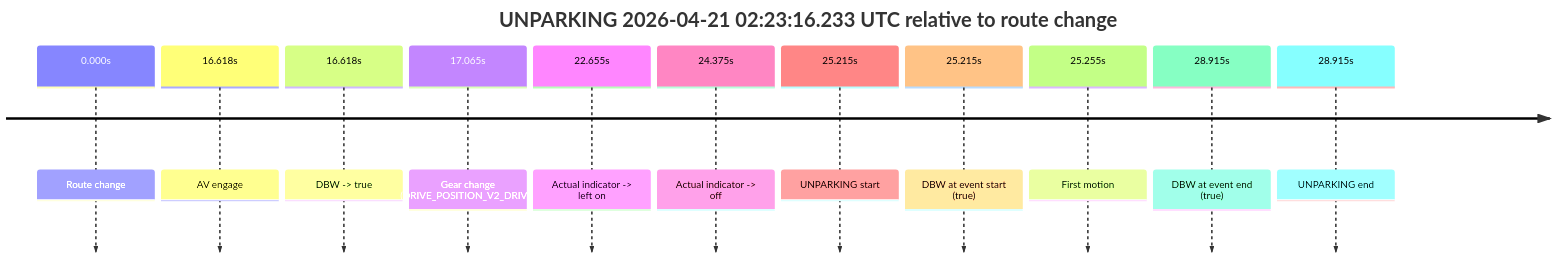
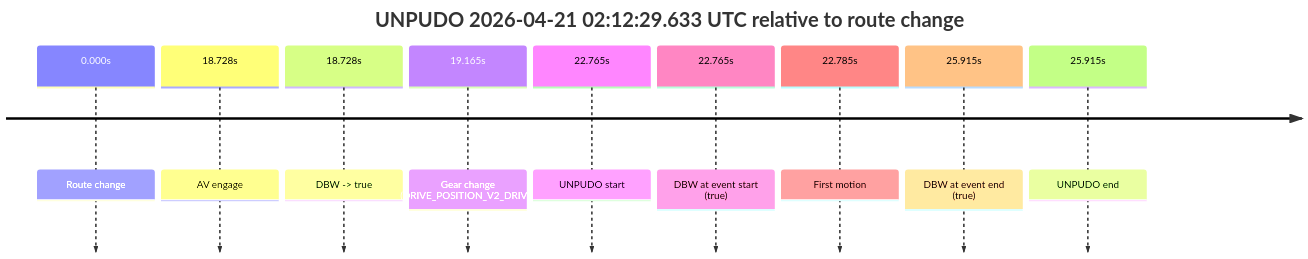
One commit to yoelshapiro/vault changed the third of 3 diagrams in model_analysis/report_cards/2026/04/Week-4/fme10011--2026-04-21--01-57-37--gen2-av-a88efe8f-e30d-48f7-917f-6b5f2e5fd4ea.md. Above: the diagram before and after it, drawn with Mermaid. The commit also changed other lines of this file and 1 other file, not shown here.

````diff
--- a/model_analysis/report_cards/2026/04/Week-4/fme10011--2026-04-21--01-57-37--gen2-av-a88efe8f-e30d-48f7-917f-6b5f2e5fd4ea.md
+++ b/model_analysis/report_cards/2026/04/Week-4/fme10011--2026-04-21--01-57-37--gen2-av-a88efe8f-e30d-48f7-917f-6b5f2e5fd4ea.md
@@ -228,15 +226,13 @@
 ```mermaid
 timeline
-    title UNPARKING 2026-04-21 02:23:16.233 UTC relative to route change
+    title UNPUDO 2026-04-21 02:12:29.633 UTC relative to route change
     0.000s : Route change
-    16.618s : AV engage
-    16.618s : DBW -> true
-    17.065s : Gear change (DRIVE_POSITION_V2_DRIVE)
-    22.655s : Actual indicator -> left on
-    24.375s : Actual indicator -> off
-    25.215s : UNPARKING start
-    25.215s : DBW at event start (true)
-    25.255s : First motion
-    28.915s : DBW at event end (true)
-    28.915s : UNPARKING end
+    18.728s : AV engage
+    18.728s : DBW -> true
+    19.165s : Gear change (DRIVE_POSITION_V2_DRIVE)
+    22.765s : UNPUDO start
+    22.765s : DBW at event start (true)
+    22.785s : First motion
+    25.915s : DBW at event end (true)
+    25.915s : UNPUDO end
 ```
````
